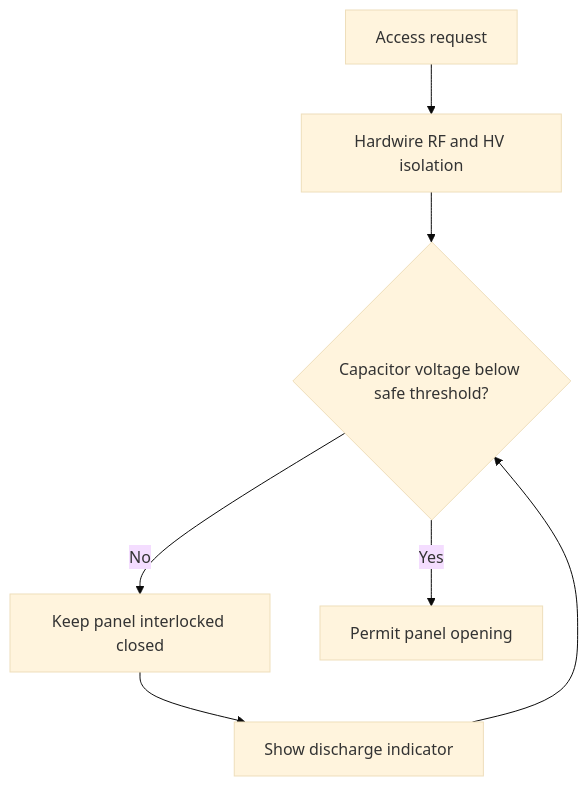
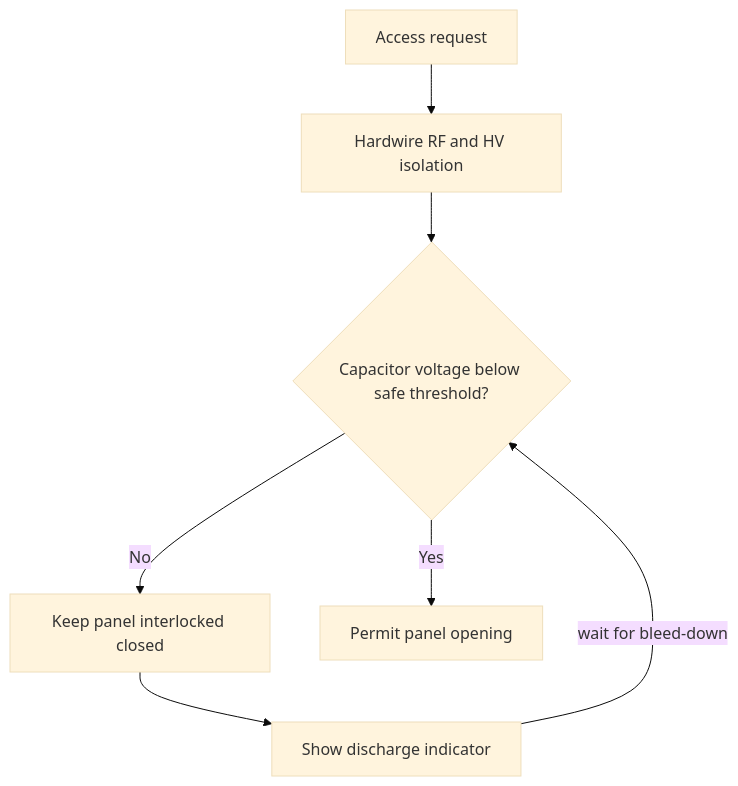
One commit to kyawminthu20/Control-System-Tools changed the fifth of 6 diagrams in docs/scenarios/semiconductor-fab-tool/index.md. Above: the diagram before and after it, drawn with Mermaid (base theme). The commit also changed other lines of this file, not shown here.

First line of the commit message:
fix: correct three diagram quality issues in semiconductor fab tool scenario

````diff
--- a/docs/scenarios/semiconductor-fab-tool/index.md
+++ b/docs/scenarios/semiconductor-fab-tool/index.md
@@ -240,9 +242,9 @@
 ```mermaid
 flowchart TD
     A[Access request] --> B[Hardwire RF and HV isolation]
     B --> C{Capacitor voltage below safe threshold?}
     C -->|No| D[Keep panel interlocked closed]
     D --> E[Show discharge indicator]
-    E --> C
+    E -->|wait for bleed-down| C
     C -->|Yes| F[Permit panel opening]
 ```
````
